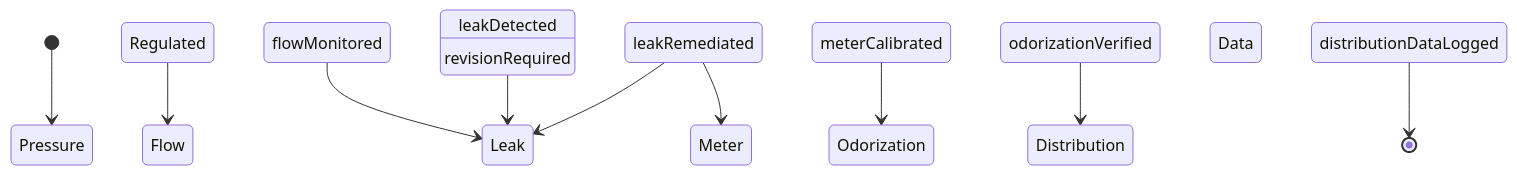
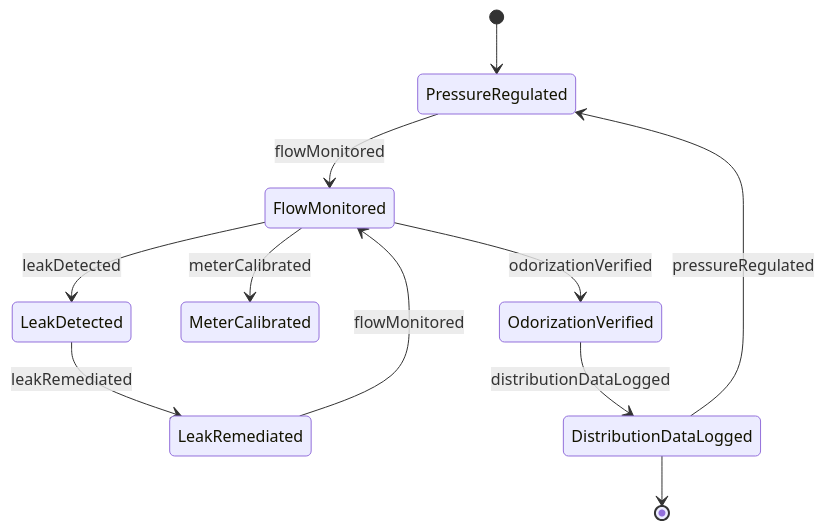
Before and after one commit to dot-org-ai/tasks.org.ai: the second of 4 diagrams in ControllingMachinesAndProcesses/OperateEnergyProductionOrDistributionEquipment/OperateNaturalGasDistributionEquipment.mdx, drawn with Mermaid. The commit also changed other lines of this file and 515 other files, not shown here.

````diff
--- a/ControllingMachinesAndProcesses/OperateEnergyProductionOrDistributionEquipment/OperateNaturalGasDistributionEquipment.mdx
+++ b/ControllingMachinesAndProcesses/OperateEnergyProductionOrDistributionEquipment/OperateNaturalGasDistributionEquipment.mdx
@@ -98,12 +98,13 @@
 ```mermaid
 stateDiagram-v2
-    [*] --> Pressure Regulated
-    Pressure Regulated --> Flow Monitored : flowMonitored
-    Flow Monitored --> Leak Detected : leakDetected
-    Leak Detected --> Leak Remediated : leakRemediated
-    Leak Remediated --> Meter Calibrated : meterCalibrated
-    Meter Calibrated --> Odorization Verified : odorizationVerified
-    Odorization Verified --> Distribution Data Logged : distributionDataLogged
-    Leak Remediated --> Leak Detected : revisionRequired
-    Distribution Data Logged --> [*]
+    [*] --> PressureRegulated
+    PressureRegulated --> FlowMonitored : flowMonitored
+    FlowMonitored --> LeakDetected : leakDetected
+    LeakDetected --> LeakRemediated : leakRemediated
+    LeakRemediated --> FlowMonitored : flowMonitored
+    FlowMonitored --> MeterCalibrated : meterCalibrated
+    FlowMonitored --> OdorizationVerified : odorizationVerified
+    OdorizationVerified --> DistributionDataLogged : distributionDataLogged
+    DistributionDataLogged --> PressureRegulated : pressureRegulated
+    DistributionDataLogged --> [*]
 ```
````
